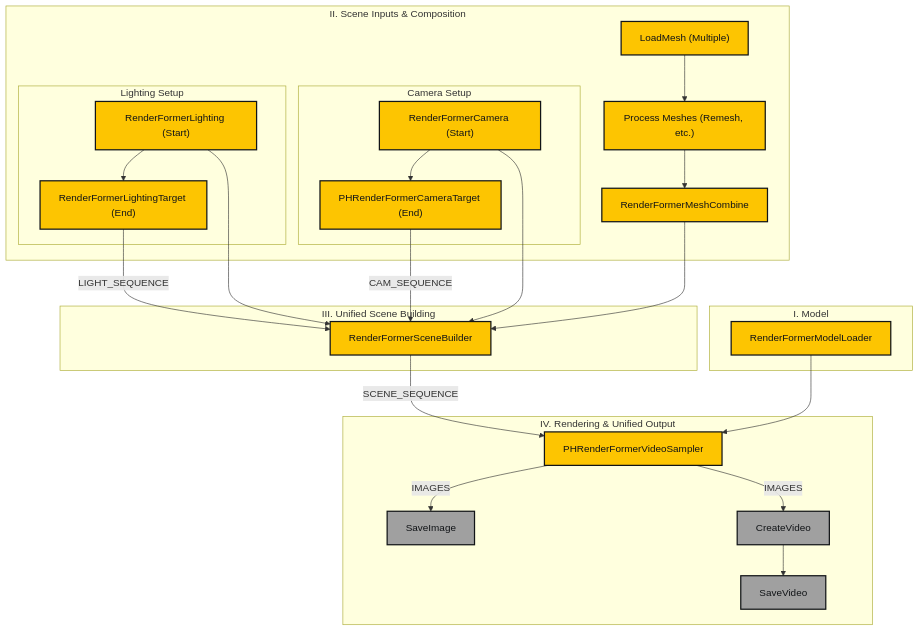
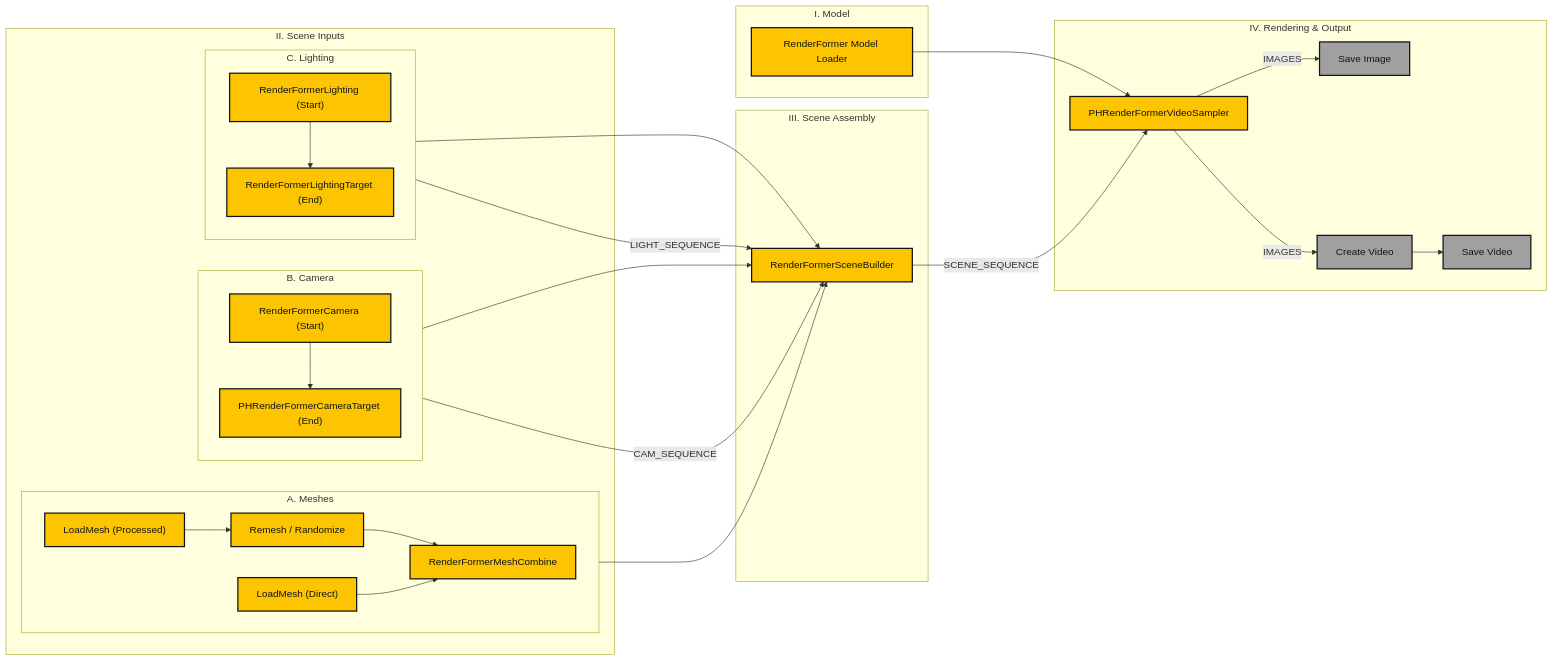
Before and after one commit to paulh4x/ComfyUI_PHRenderFormerWrapper: the second of 2 diagrams in README.md, drawn with Mermaid. The commit also changed other lines of this file and 3 other files, not shown here.

````diff
--- a/README.md
+++ b/README.md
@@ -130,47 +130,55 @@
 ```mermaid
-graph TD
+graph LR
     subgraph "I. Model"
-        ModelLoader["RenderFormerModelLoader"]
+        ModelLoader["RenderFormer Model Loader"]
     end
 
-    subgraph "II. Scene Inputs & Composition"
-        InputMeshes["LoadMesh (Multiple)"] --> Process["Process Meshes (Remesh, etc.)"] --> MeshCombine["RenderFormerMeshCombine"]
-        
-        subgraph "Camera Setup"
-            Camera["RenderFormerCamera (Start)"] --> CameraAnim["PHRenderFormerCameraTarget (End)"]
+    subgraph "II. Scene Inputs"
+        subgraph "A. Meshes"
+            direction LR
+            Mesh1["LoadMesh (Processed)"] --> Remesh["Remesh / Randomize"] --> Combine["RenderFormerMeshCombine"]
+            Mesh2["LoadMesh (Direct)"] --> Combine
         end
         
-        subgraph "Lighting Setup"
-            Lighting["RenderFormerLighting (Start)"] --> LightAnim["RenderFormerLightingTarget (End)"]
+        subgraph "B. Camera"
+            direction TD
+            CamStart["RenderFormerCamera (Start)"] --> CamEnd["PHRenderFormerCameraTarget (End)"]
+        end
+
+        subgraph "C. Lighting"
+            direction TD
+            LightStart["RenderFormerLighting (Start)"] --> LightEnd["RenderFormerLightingTarget (End)"]
         end
     end
 
-    subgraph "III. Unified Scene Building"
-        MeshCombine --> SceneBuilder["RenderFormerSceneBuilder"]
-        Camera --> SceneBuilder
-        Lighting --> SceneBuilder
-        CameraAnim -- CAM_SEQUENCE --> SceneBuilder
-        LightAnim -- LIGHT_SEQUENCE --> SceneBuilder
+    subgraph "III. Scene Assembly"
+        Combine --> SceneBuilder["RenderFormerSceneBuilder"]
+        CamStart --> SceneBuilder
+        CamEnd -- CAM_SEQUENCE --> SceneBuilder
+        LightStart --> SceneBuilder
+        LightEnd -- LIGHT_SEQUENCE --> SceneBuilder
     end
 
-    subgraph "IV. Rendering & Unified Output"
-        ModelLoader --> VidSampler["PHRenderFormerVideoSampler"]
-        SceneBuilder -- SCENE_SEQUENCE --> VidSampler
-        VidSampler -- IMAGES --> SaveImg["SaveImage"]
-        VidSampler -- IMAGES --> CreateVid["CreateVideo"] --> SaveVid["SaveVideo"]
+    subgraph "IV. Rendering & Output"
+        Sampler["PHRenderFormerVideoSampler"]
+        ModelLoader --> Sampler
+        SceneBuilder -- SCENE_SEQUENCE --> Sampler
+        Sampler -- IMAGES --> SaveImg["Save Image"]
+        Sampler -- IMAGES --> CreateVid["Create Video"] --> SaveVid["Save Video"]
     end
 
     style ModelLoader fill:#FDC501,stroke:#111417,stroke-width:2px,color:#111417
-    style InputMeshes fill:#FDC501,stroke:#111417,stroke-width:2px,color:#111417
-    style Process fill:#FDC501,stroke:#111417,stroke-width:2px,color:#111417
-    style MeshCombine fill:#FDC501,stroke:#111417,stroke-width:2px,color:#111417
-    style Camera fill:#FDC501,stroke:#111417,stroke-width:2px,color:#111417
-    style CameraAnim fill:#FDC501,stroke:#111417,stroke-width:2px,color:#111417
-    style Lighting fill:#FDC501,stroke:#111417,stroke-width:2px,color:#111417
-    style LightAnim fill:#FDC501,stroke:#111417,stroke-width:2px,color:#111417
+    style Mesh1 fill:#FDC501,stroke:#111417,stroke-width:2px,color:#111417
+    style Mesh2 fill:#FDC501,stroke:#111417,stroke-width:2px,color:#111417
+    style Remesh fill:#FDC501,stroke:#111417,stroke-width:2px,color:#111417
+    style Combine fill:#FDC501,stroke:#111417,stroke-width:2px,color:#111417
+    style CamStart fill:#FDC501,stroke:#111417,stroke-width:2px,color:#111417
+    style CamEnd fill:#FDC501,stroke:#111417,stroke-width:2px,color:#111417
+    style LightStart fill:#FDC501,stroke:#111417,stroke-width:2px,color:#111417
+    style LightEnd fill:#FDC501,stroke:#111417,stroke-width:2px,color:#111417
     style SceneBuilder fill:#FDC501,stroke:#111417,stroke-width:2px,color:#111417
-    style VidSampler fill:#FDC501,stroke:#111417,stroke-width:2px,color:#111417
+    style Sampler fill:#FDC501,stroke:#111417,stroke-width:2px,color:#111417
     style SaveImg fill:#a0a0a0,stroke:#111417,stroke-width:2px,color:#111417
     style CreateVid fill:#a0a0a0,stroke:#111417,stroke-width:2px,color:#111417
     style SaveVid fill:#a0a0a0,stroke:#111417,stroke-width:2px,color:#111417
 ```
````
